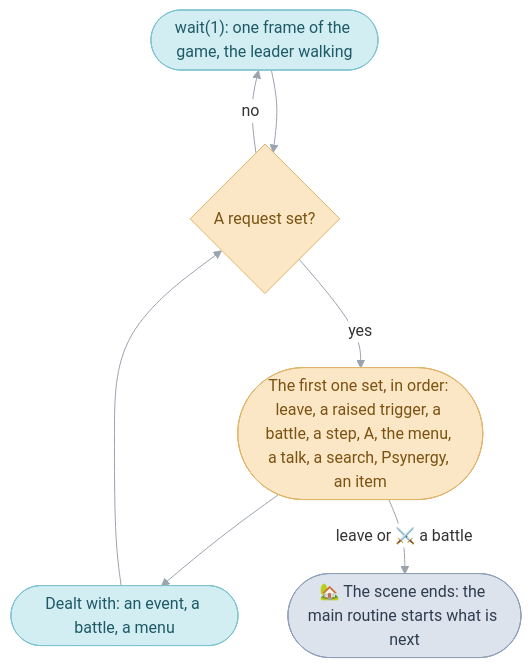
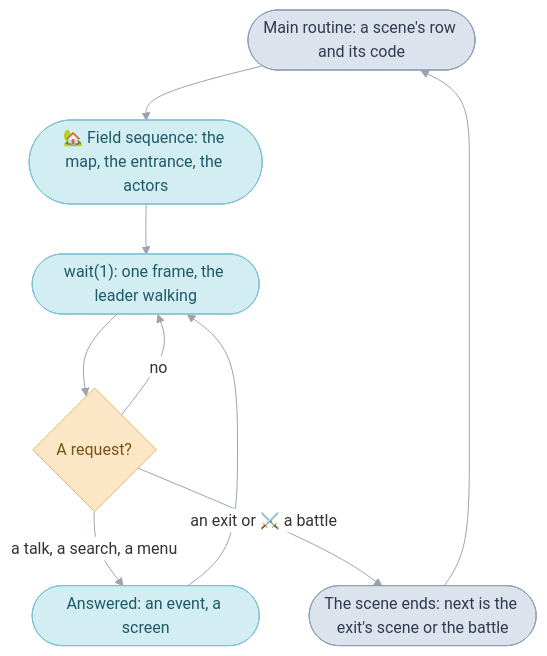
Before and after one commit to PascalPixel/alchemy: the first of 3 diagrams in games/tbs/field.md, drawn with Mermaid. The commit also changed other lines of this file, not shown here.

First line of the commit message:
docs: the Field page at a textbook's pace

````diff
--- a/games/tbs/field.md
+++ b/games/tbs/field.md
@@ -43,16 +32,18 @@
 ```mermaid
 %%{init: {"theme": "base", "themeVariables": {"lineColor": "#9AA3AE", "edgeLabelBackground": "#FFFFFF"}, "flowchart": {"curve": "basis", "padding": 12}}}%%
 flowchart TD
-  walk(["wait(1): one frame of the game, the leader walking"]) --> any{"A request set?"}
-  any -- no --> walk
-  any -- yes --> first(["The first one set, in order: leave, a raised trigger, a battle, a step, A, the menu, a talk, a search, Psynergy, an item"])
-  first --> handle(["Dealt with: an event, a battle, a menu"])
-  handle --> any
-  first -- "leave or ⚔️ a battle" --> ends(["🏡 The scene ends: the main routine starts what is next"])
-  classDef frame fill:#D2EEF3,stroke:#7FC3D0,color:#1E5966
+  main(["Main routine: a scene's row and its code"]) --> setup(["🏡 Field sequence: the map, the entrance, the actors"])
+  setup --> walk(["wait(1): one frame, the leader walking"])
+  walk --> requests{"A request?"}
+  requests -- no --> walk
+  requests -- "a talk, a search, a menu" --> answer(["Answered: an event, a screen"])
+  answer --> walk
+  requests -- "an exit or ⚔️ a battle" --> leave(["The scene ends: next is the exit's scene or the battle"])
+  leave --> main
+  classDef mainRoutine fill:#DDE3EC,stroke:#8FA0B8,color:#2E3C50
+  classDef sequence fill:#D2EEF3,stroke:#7FC3D0,color:#1E5966
   classDef request fill:#FBE7C6,stroke:#E0B46A,color:#7A5212
-  classDef mainRoutine fill:#DDE3EC,stroke:#8FA0B8,color:#2E3C50
-  class walk,handle frame
-  class any,first request
-  class ends mainRoutine
+  class main,leave mainRoutine
+  class setup,walk,answer sequence
+  class requests request
 ```
````
